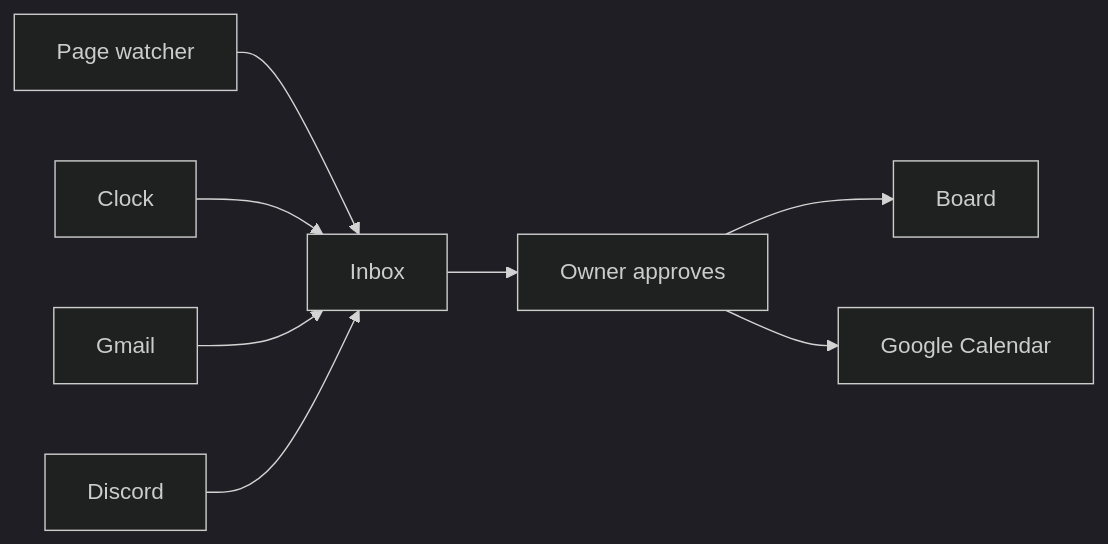
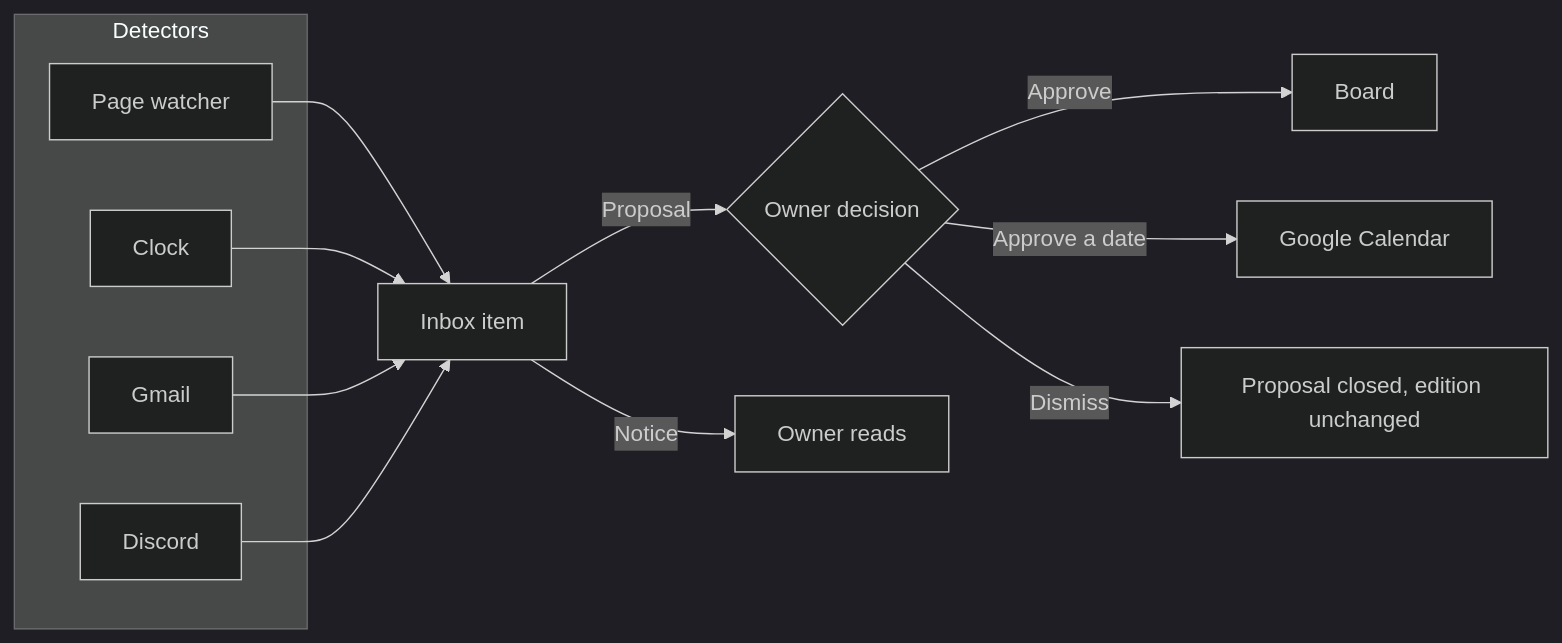
The first of 4 diagrams in docs/DESIGN.md (leav/expo_tracker), drawn with Mermaid (dark theme) before and after one commit. The commit also changed other lines of this file, not shown here.

````diff
--- a/docs/DESIGN.md
+++ b/docs/DESIGN.md
@@ -44,18 +69,19 @@
 ```mermaid
 flowchart LR
-  page[Page watcher]
-  clock[Clock]
-  mail[Gmail]
-  discord[Discord]
-  inbox[Inbox]
-  owner[Owner approves]
-  board[Board]
-  cal[Google Calendar]
-  page --> inbox
+  subgraph detectors[Detectors]
+    page[Page watcher]
+    clock[Clock]
+    mail[Gmail]
+    discord[Discord]
+  end
+
+  page --> inbox[Inbox item]
   clock --> inbox
   mail --> inbox
   discord --> inbox
-  inbox --> owner
-  owner --> board
-  owner --> cal
+  inbox -->|Proposal| decision{Owner decision}
+  inbox -->|Notice| read[Owner reads]
+  decision -->|Approve| board[Board]
+  decision -->|Approve a date| cal[Google Calendar]
+  decision -->|Dismiss| nochange[Proposal closed, edition unchanged]
 ```
````
